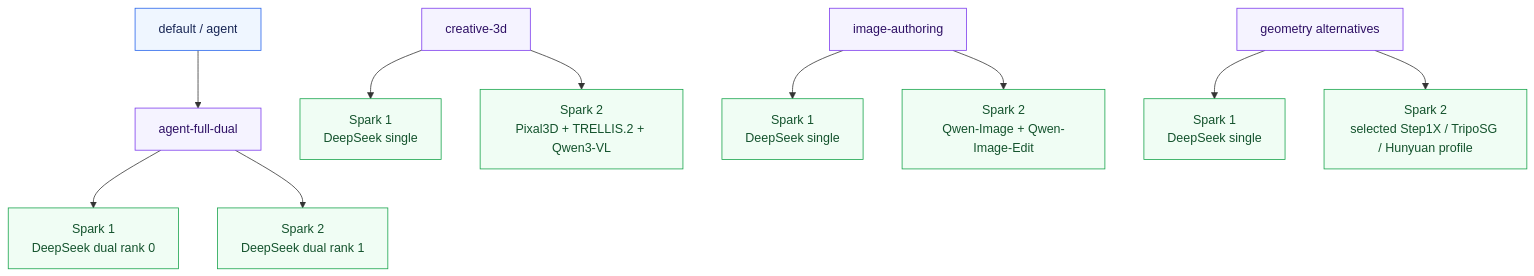
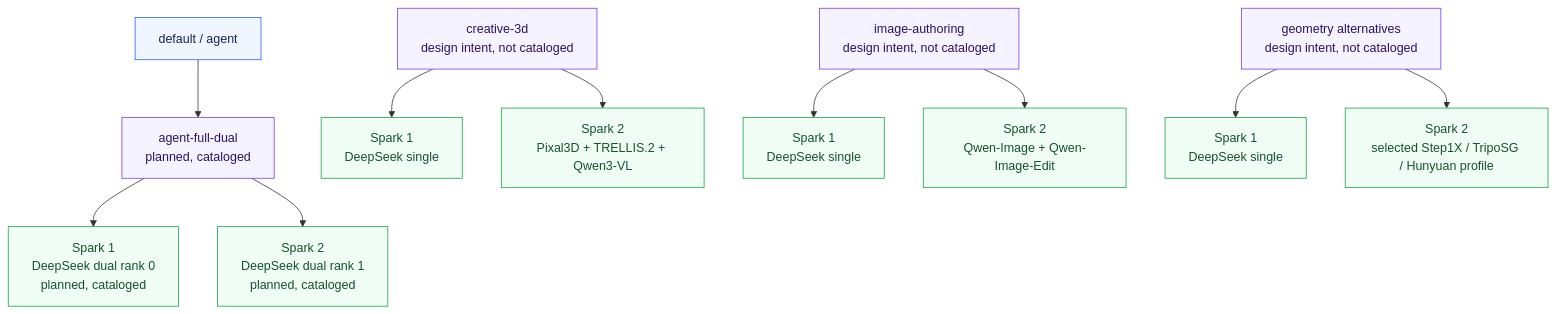
One commit to CarstVaartjes/DGX-Forge changed the second of 3 diagrams in docs/model-profile-overview.md. Above: the diagram before and after it, drawn with Mermaid. The commit also changed other lines of this file, not shown here.

Commit message:
docs: distinguish cataloged and intended models

````diff
--- a/docs/model-profile-overview.md
+++ b/docs/model-profile-overview.md
@@ -43,22 +45,22 @@
 ```mermaid
 flowchart TB
-    default[default / agent] --> full[agent-full-dual]
-    full --> full1[Spark 1<br/>DeepSeek dual rank 0]
-    full --> full2[Spark 2<br/>DeepSeek dual rank 1]
+    default[default / agent] --> full[agent-full-dual<br/>planned, cataloged]
+    full --> full1[Spark 1<br/>DeepSeek dual rank 0<br/>planned, cataloged]
+    full --> full2[Spark 2<br/>DeepSeek dual rank 1<br/>planned, cataloged]
 
-    creative[creative-3d] --> creative1[Spark 1<br/>DeepSeek single]
+    creative[creative-3d<br/>design intent, not cataloged] --> creative1[Spark 1<br/>DeepSeek single]
     creative --> creative2[Spark 2<br/>Pixal3D + TRELLIS.2 + Qwen3-VL]
 
-    image[image-authoring] --> image1[Spark 1<br/>DeepSeek single]
+    image[image-authoring<br/>design intent, not cataloged] --> image1[Spark 1<br/>DeepSeek single]
     image --> image2[Spark 2<br/>Qwen-Image + Qwen-Image-Edit]
 
-    geometry[geometry alternatives] --> geometry1[Spark 1<br/>DeepSeek single]
+    geometry[geometry alternatives<br/>design intent, not cataloged] --> geometry1[Spark 1<br/>DeepSeek single]
     geometry --> geometry2[Spark 2<br/>selected Step1X / TripoSG / Hunyuan profile]
 
     classDef selector fill:#eff6ff,stroke:#2563eb,color:#172554;
     classDef profile fill:#f5f3ff,stroke:#7c3aed,color:#2e1065;
     classDef compute fill:#f0fdf4,stroke:#16a34a,color:#14532d;
     class default selector;
     class full,creative,image,geometry profile;
     class full1,full2,creative1,creative2,image1,image2,geometry1,geometry2 compute;
 ```
````
